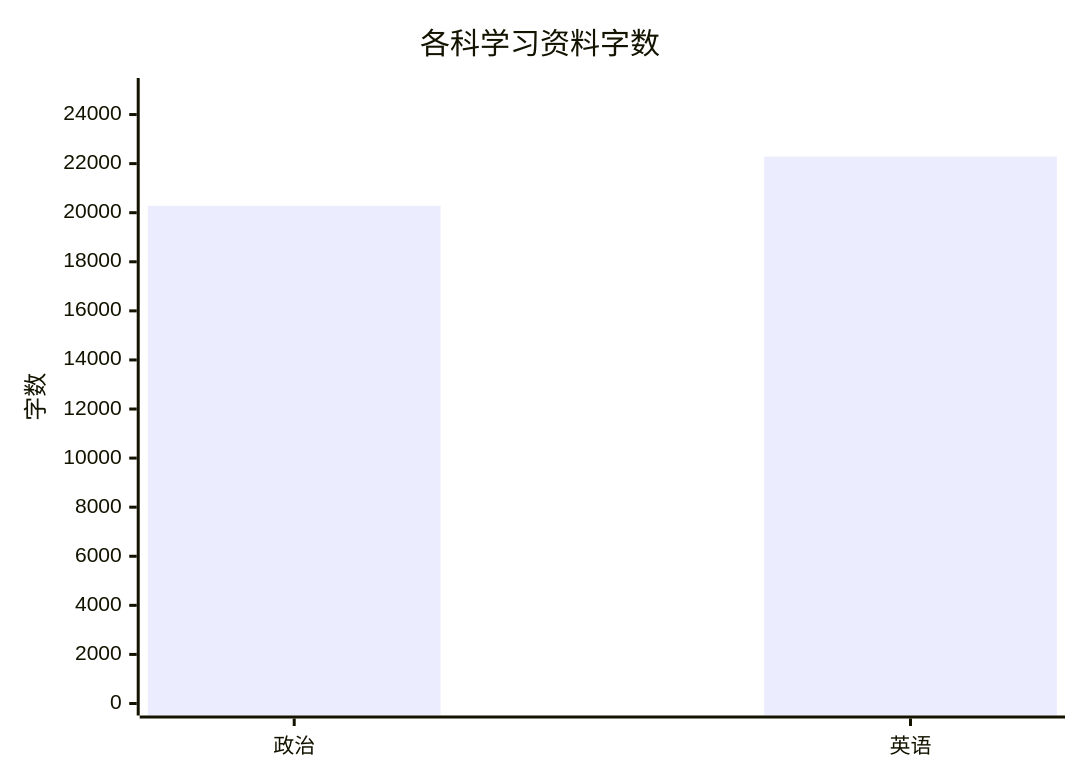
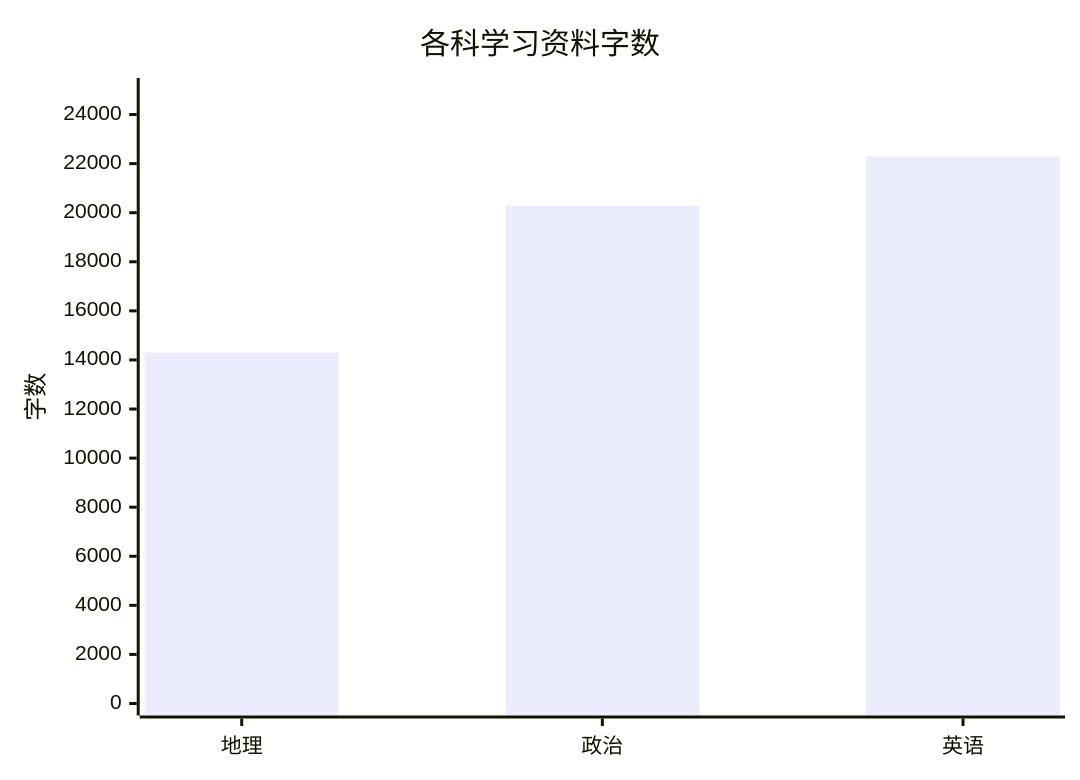
One commit to zhuchenyu2008/Learning-Library changed the first of 3 diagrams in README.md. Above: the diagram before and after it, drawn with Mermaid. The commit also changed other lines of this file, not shown here.

````diff
--- a/README.md
+++ b/README.md
@@ -35,7 +36,7 @@
 ```mermaid
 xychart-beta
     title "各科学习资料字数"
-    x-axis ["政治", "英语"]
+    x-axis ["地理", "政治", "英语"]
     y-axis "字数" 0 --> 25000
-    bar [20279, 22288]
+    bar [14296, 20279, 22288]
 ```
````
